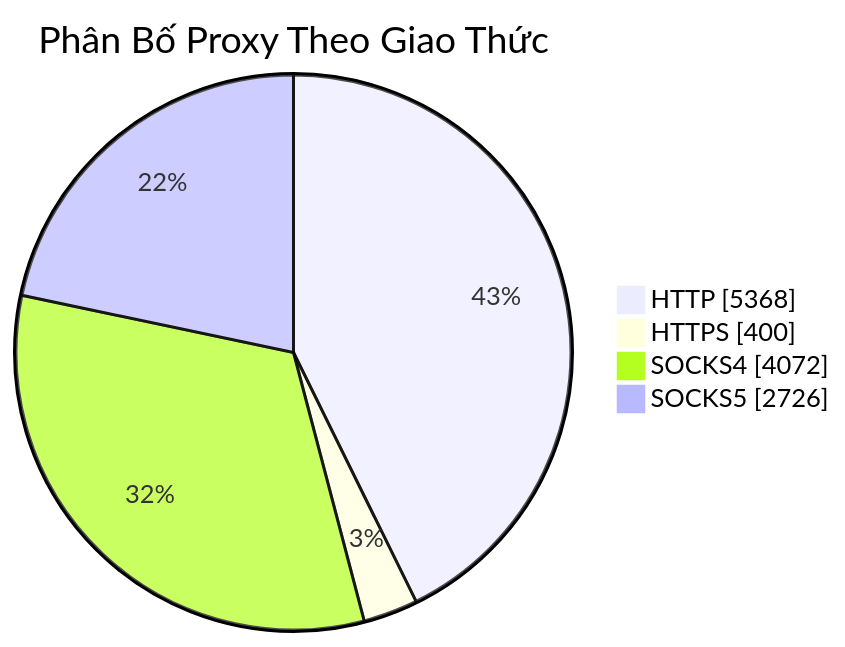
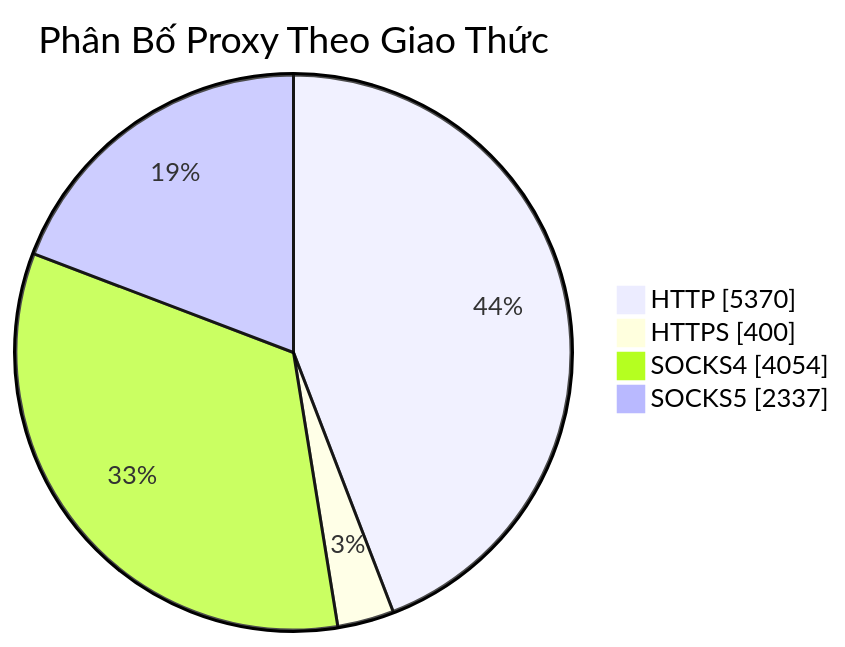
Before and after one commit to Ciara-Aa/PROXY-free: the diagram in README.md, drawn with Mermaid. The commit also changed other lines of this file and 4 other files, not shown here.

````diff
--- a/README.md
+++ b/README.md
@@ -26,7 +26,7 @@
 ```mermaid
 pie showData title Phân Bố Proxy Theo Giao Thức
-    "HTTP" : 5368
+    "HTTP" : 5370
     "HTTPS" : 400
-    "SOCKS4" : 4072
-    "SOCKS5" : 2726
+    "SOCKS4" : 4054
+    "SOCKS5" : 2337
 ```
````
